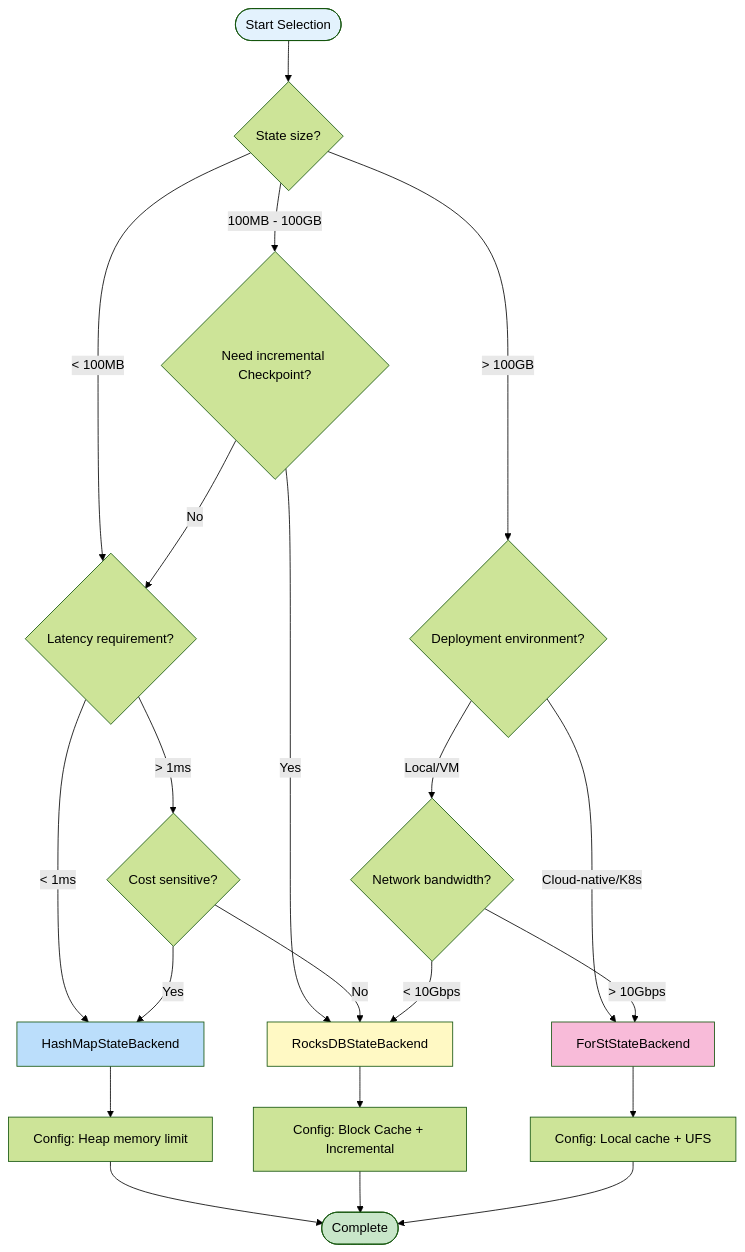
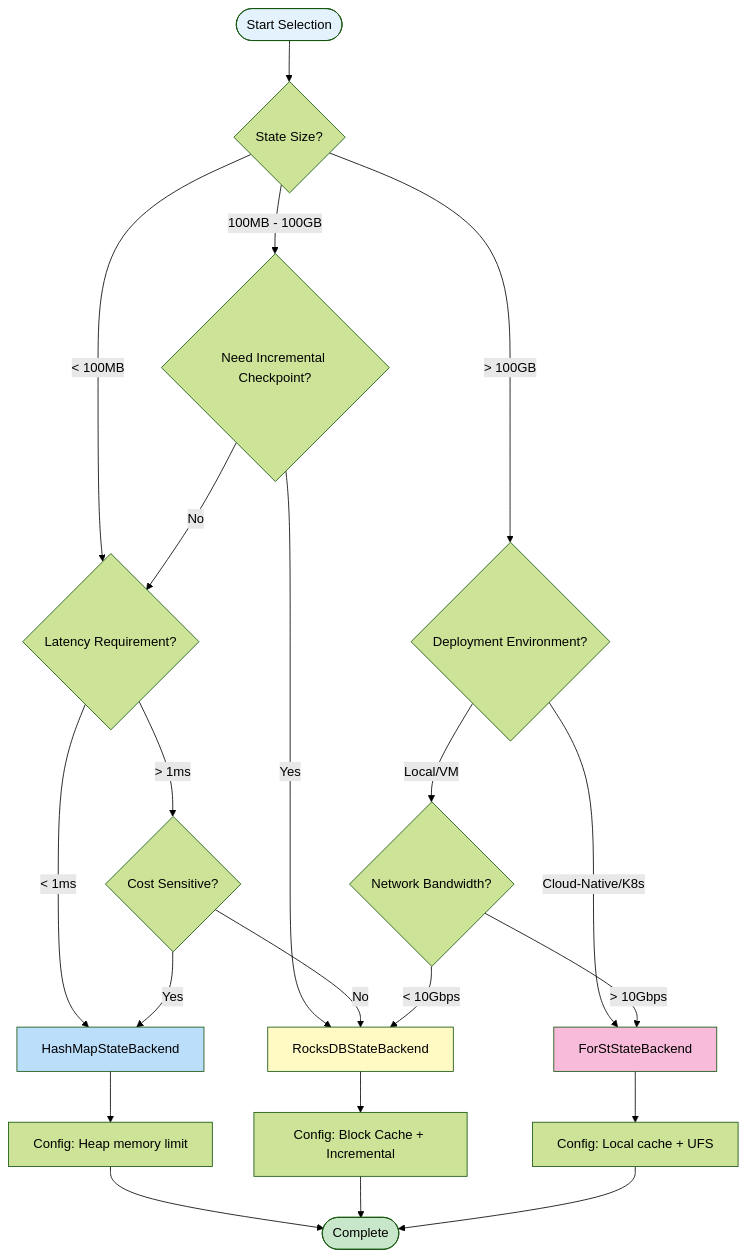
One commit to AdaMartin18010/AnalysisDataFlow changed the first of 7 diagrams in i18n/en/Flink/02-core/state-backends-deep-comparison-en.md. Above: the diagram before and after it, drawn with Mermaid (forest theme). The commit also changed other lines of this file and 36 other files, not shown here.

````diff
--- a/i18n/en/Flink/02-core/state-backends-deep-comparison-en.md
+++ b/i18n/en/Flink/02-core/state-backends-deep-comparison-en.md
@@ -363,37 +364,37 @@
 ```mermaid
 flowchart TD
-    START([Start Selection]) --> Q1{State size?}
+    START([Start Selection]) --> Q1{State Size?}
 
-    Q1 -->|< 100MB| Q2{Latency requirement?}
-    Q1 -->|100MB - 100GB| Q3{Need incremental Checkpoint?}
-    Q1 -->|> 100GB| Q4{Deployment environment?}
+    Q1 -->|< 100MB| Q2{Latency Requirement?}
+    Q1 -->|100MB - 100GB| Q3{Need Incremental Checkpoint?}
+    Q1 -->|> 100GB| Q4{Deployment Environment?}
 
     Q2 -->|< 1ms| HASHMAP[HashMapStateBackend]
-    Q2 -->|> 1ms| Q5{Cost sensitive?}
+    Q2 -->|> 1ms| Q5{Cost Sensitive?}
 
     Q3 -->|Yes| ROCKSDB[RocksDBStateBackend]
     Q3 -->|No| Q2
 
-    Q4 -->|Cloud-native/K8s| FORST[ForStStateBackend]
-    Q4 -->|Local/VM| Q6{Network bandwidth?}
+    Q4 -->|Cloud-Native/K8s| FORST[ForStStateBackend]
+    Q4 -->|Local/VM| Q6{Network Bandwidth?}
 
     Q5 -->|Yes| HASHMAP
     Q5 -->|No| ROCKSDB
 
     Q6 -->|> 10Gbps| FORST
     Q6 -->|< 10Gbps| ROCKSDB
 
     HASHMAP --> TUNE1[Config: Heap memory limit]
     ROCKSDB --> TUNE2[Config: Block Cache + Incremental]
     FORST --> TUNE3[Config: Local cache + UFS]
 
     TUNE1 --> END([Complete])
     TUNE2 --> END
     TUNE3 --> END
 
     style START fill:#e3f2fd
     style END fill:#c8e6c9
     style HASHMAP fill:#bbdefb
     style ROCKSDB fill:#fff9c4
     style FORST fill:#f8bbd9
 ```
````
